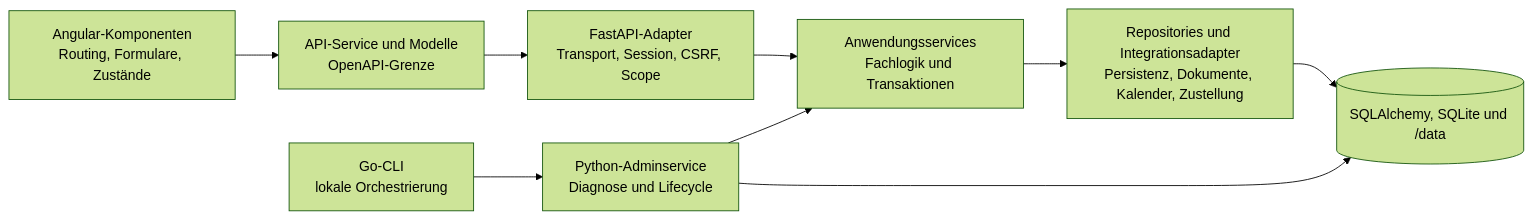
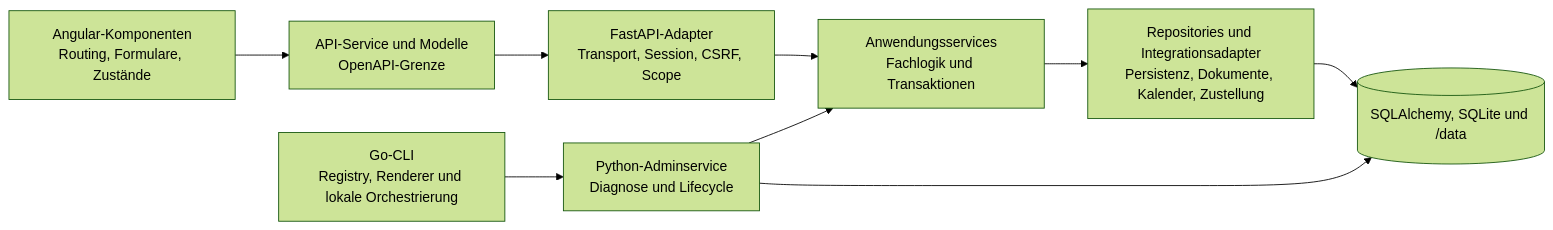
The third of 5 diagrams in docs/developers/architecture.md (lxndrp/lzug), drawn with Mermaid (forest theme) before and after one commit. The commit also changed other lines of this file and 47 other files, not shown here.

````diff
--- a/docs/developers/architecture.md
+++ b/docs/developers/architecture.md
@@ -66,20 +66,20 @@
 ```mermaid
 flowchart LR
   spa["Angular-Komponenten<br/>Routing, Formulare, Zustände"]
   client["API-Service und Modelle<br/>OpenAPI-Grenze"]
   http["FastAPI-Adapter<br/>Transport, Session, CSRF, Scope"]
   core["Anwendungsservices<br/>Fachlogik und Transaktionen"]
   repo["Repositories und Integrationsadapter<br/>Persistenz, Dokumente, Kalender, Zustellung"]
   store[("SQLAlchemy, SQLite und /data")]
   admin["Python-Adminservice<br/>Diagnose und Lifecycle"]
-  cli["Go-CLI<br/>lokale Orchestrierung"]
+  cli["Go-CLI<br/>Registry, Renderer und lokale Orchestrierung"]
 
   spa --> client
   client --> http
   http --> core
   core --> repo
   repo --> store
   cli --> admin
   admin --> core
   admin --> store
 ```
````
